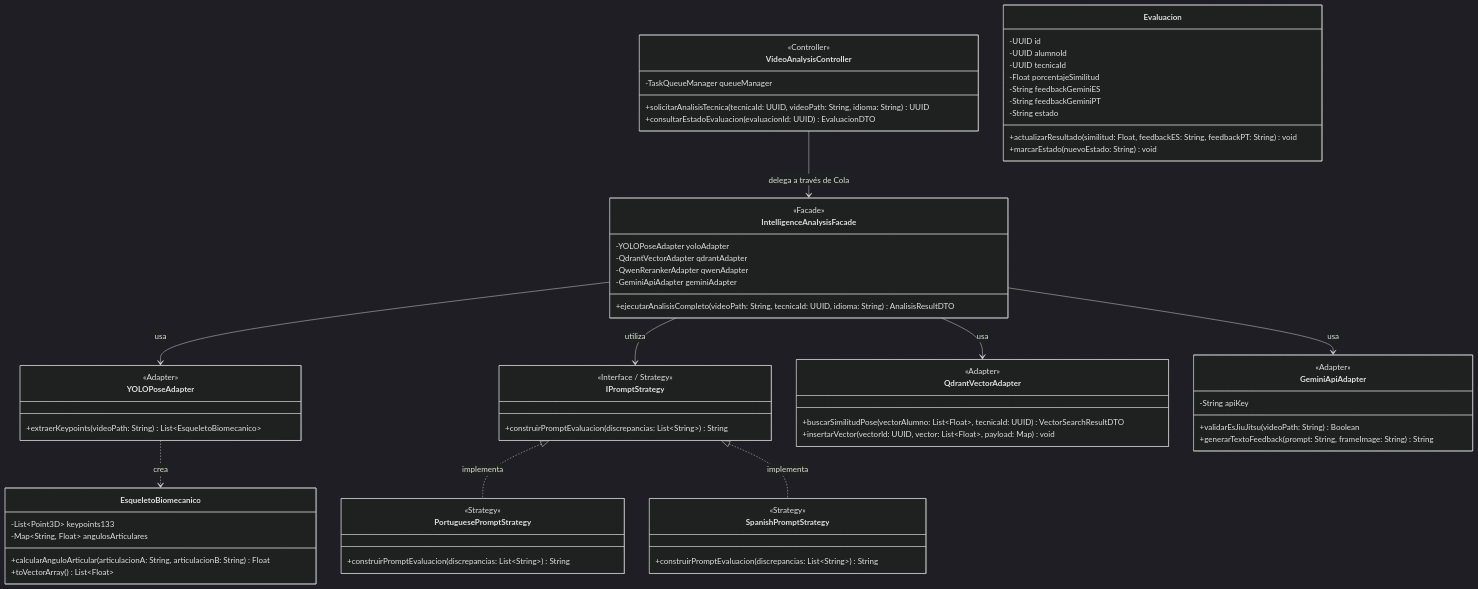
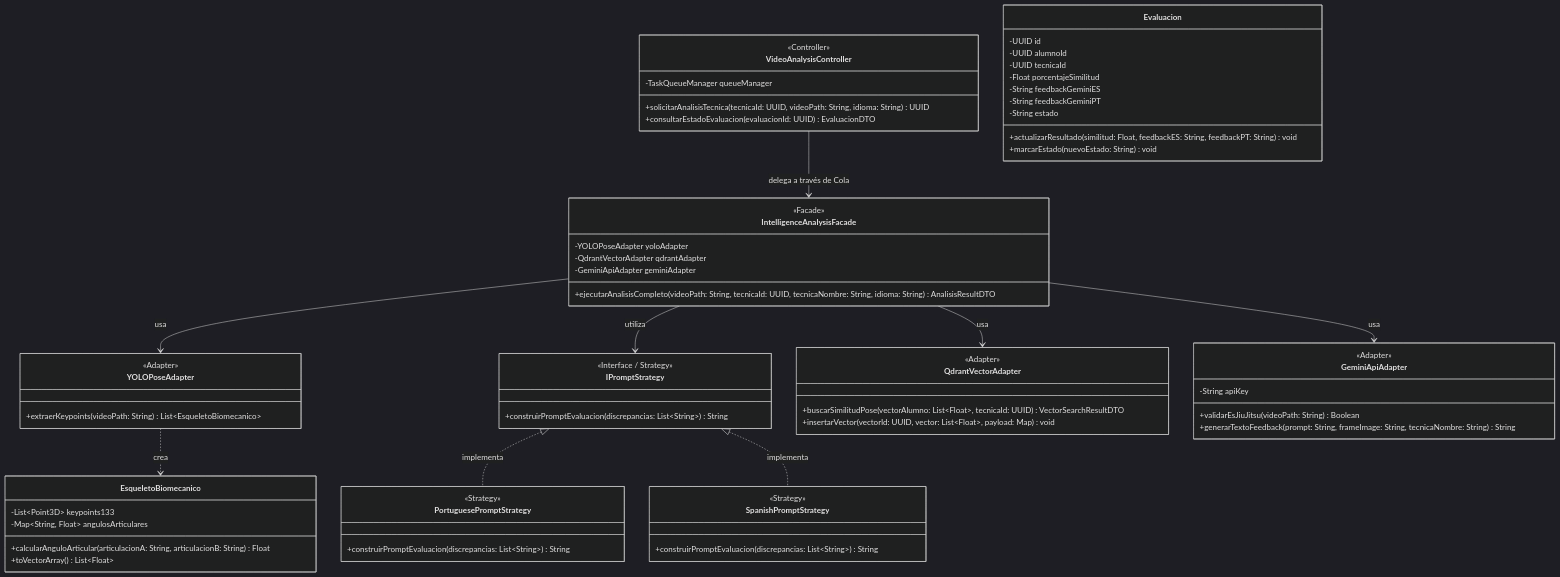
The second of 3 diagrams in ProyectoGrado/docs/ArquitecturaSoftware.md (Tsmrain/JiuJitsu), drawn with Mermaid (dark theme) before and after one commit. The commit also changed other lines of this file and 19 other files, not shown here.

````diff
--- a/ProyectoGrado/docs/ArquitecturaSoftware.md
+++ b/ProyectoGrado/docs/ArquitecturaSoftware.md
@@ -73,79 +73,78 @@
 ```mermaid
 classDiagram
     class VideoAnalysisController {
         <<Controller>>
         -TaskQueueManager queueManager
         +solicitarAnalisisTecnica(tecnicaId: UUID, videoPath: String, idioma: String) UUID
         +consultarEstadoEvaluacion(evaluacionId: UUID) EvaluacionDTO
     }
 
     class IntelligenceAnalysisFacade {
         <<Facade>>
         -YOLOPoseAdapter yoloAdapter
         -QdrantVectorAdapter qdrantAdapter
-        -QwenRerankerAdapter qwenAdapter
         -GeminiApiAdapter geminiAdapter
-        +ejecutarAnalisisCompleto(videoPath: String, tecnicaId: UUID, idioma: String) AnalisisResultDTO
+        +ejecutarAnalisisCompleto(videoPath: String, tecnicaId: UUID, tecnicaNombre: String, idioma: String) AnalisisResultDTO
     }
 
     class IPromptStrategy {
         <<Interface / Strategy>>
         +construirPromptEvaluacion(discrepancias: List~String~) String
     }
 
     class PortuguesePromptStrategy {
         <<Strategy>>
         +construirPromptEvaluacion(discrepancias: List~String~) String
     }
 
     class SpanishPromptStrategy {
         <<Strategy>>
         +construirPromptEvaluacion(discrepancias: List~String~) String
     }
 
     class YOLOPoseAdapter {
         <<Adapter>>
         +extraerKeypoints(videoPath: String) List~EsqueletoBiomecanico~
     }
 
     class QdrantVectorAdapter {
         <<Adapter>>
         +buscarSimilitudPose(vectorAlumno: List~Float~, tecnicaId: UUID) VectorSearchResultDTO
         +insertarVector(vectorId: UUID, vector: List~Float~, payload: Map) void
     }
 
     class GeminiApiAdapter {
         <<Adapter>>
         -String apiKey
         +validarEsJiuJitsu(videoPath: String) Boolean
-        +generarTextoFeedback(prompt: String, frameImage: String) String
+        +generarTextoFeedback(prompt: String, frameImage: String, tecnicaNombre: String) String
     }
 
     class EsqueletoBiomecanico {
         -List~Point3D~ keypoints133
         -Map~String, Float~ angulosArticulares
         +calcularAnguloArticular(articulacionA: String, articulacionB: String) Float
         +toVectorArray() List~Float~
     }
 
     class Evaluacion {
         -UUID id
         -UUID alumnoId
         -UUID tecnicaId
         -Float porcentajeSimilitud
         -String feedbackGeminiES
         -String feedbackGeminiPT
         -String estado
         +actualizarResultado(similitud: Float, feedbackES: String, feedbackPT: String) void
         +marcarEstado(nuevoEstado: String) void
     }
 
     VideoAnalysisController --> IntelligenceAnalysisFacade : delega a través de Cola
     IntelligenceAnalysisFacade --> YOLOPoseAdapter : usa
     IntelligenceAnalysisFacade --> QdrantVectorAdapter : usa
     IntelligenceAnalysisFacade --> GeminiApiAdapter : usa
     IntelligenceAnalysisFacade --> IPromptStrategy : utiliza
     IPromptStrategy <|.. PortuguesePromptStrategy : implementa
     IPromptStrategy <|.. SpanishPromptStrategy : implementa
     YOLOPoseAdapter ..> EsqueletoBiomecanico : crea
 ```
````
